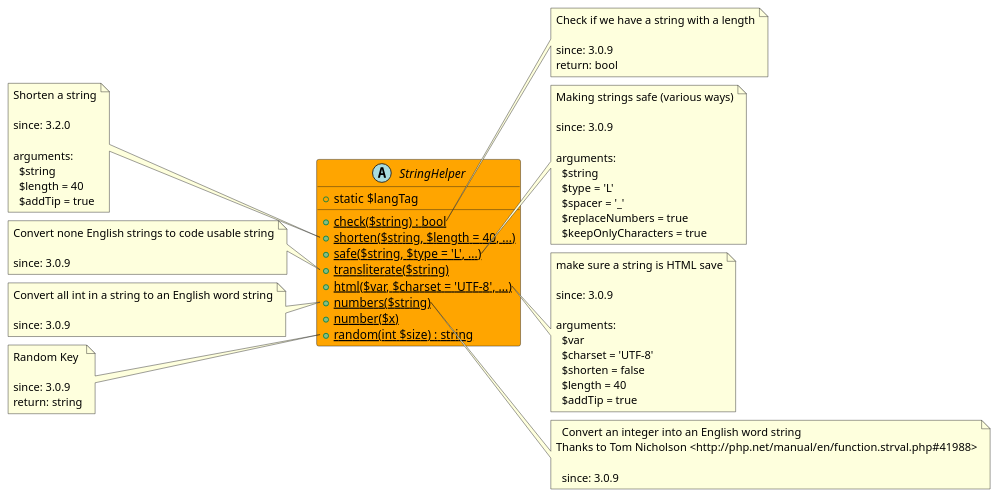
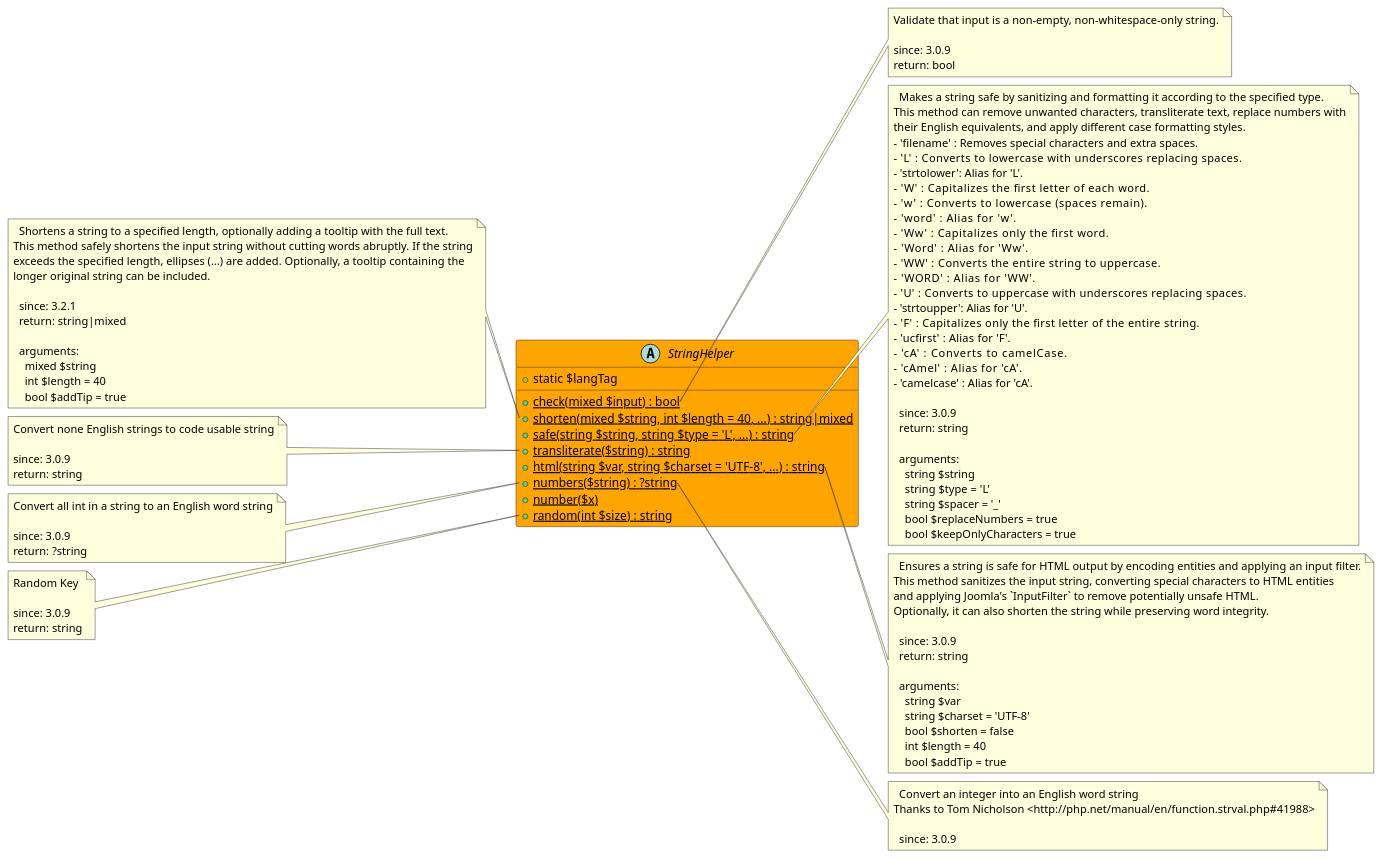
One commit to joomengine/super-powers changed the diagram in src/1f28cb53-60d9-4db1-b517-3c7dc6b429ef/README.md. Above: the diagram before and after it, drawn with PlantUML. The commit also changed 17 other files, not shown here.

```diff
--- a/src/1f28cb53-60d9-4db1-b517-3c7dc6b429ef/README.md
+++ b/src/1f28cb53-60d9-4db1-b517-3c7dc6b429ef/README.md
@@ -13,70 +13,100 @@
 @startuml
 abstract StringHelper  #Orange {
   + static $langTag
-  + {static} check($string) : bool
-  + {static} shorten($string, $length = 40, ...)
-  + {static} safe($string, $type = 'L', ...)
-  + {static} transliterate($string)
-  + {static} html($var, $charset = 'UTF-8', ...)
-  + {static} numbers($string)
+  + {static} check(mixed $input) : bool
+  + {static} shorten(mixed $string, int $length = 40, ...) : string|mixed
+  + {static} safe(string $string, string $type = 'L', ...) : string
+  + {static} transliterate($string) : string
+  + {static} html(string $var, string $charset = 'UTF-8', ...) : string
+  + {static} numbers($string) : ?string
   + {static} number($x)
   + {static} random(int $size) : string
 }
 
 note right of StringHelper::check
-  Check if we have a string with a length
+  Validate that input is a non-empty, non-whitespace-only string.
 
   since: 3.0.9
   return: bool
 end note
 
 note left of StringHelper::shorten
-  Shorten a string
+  Shortens a string to a specified length, optionally adding a tooltip with the full text.
+This method safely shortens the input string without cutting words abruptly. If the string
+exceeds the specified length, ellipses (...) are added. Optionally, a tooltip containing the
+longer original string can be included.
 
-  since: 3.2.0
+  since: 3.2.1
+  return: string|mixed
   
   arguments:
-    $string
-    $length = 40
-    $addTip = true
+    mixed $string
+    int $length = 40
+    bool $addTip = true
 end note
 
 note right of StringHelper::safe
-  Making strings safe (various ways)
+  Makes a string safe by sanitizing and formatting it according to the specified type.
+This method can remove unwanted characters, transliterate text, replace numbers with
+their English equivalents, and apply different case formatting styles.
+- 'filename'  : Removes special characters and extra spaces.
+- 'L'         : Converts to lowercase with underscores replacing spaces.
+- 'strtolower': Alias for 'L'.
+- 'W'         : Capitalizes the first letter of each word.
+- 'w'         : Converts to lowercase (spaces remain).
+- 'word'      : Alias for 'w'.
+- 'Ww'        : Capitalizes only the first word.
+- 'Word'      : Alias for 'Ww'.
+- 'WW'        : Converts the entire string to uppercase.
+- 'WORD'      : Alias for 'WW'.
+- 'U'         : Converts to uppercase with underscores replacing spaces.
+- 'strtoupper': Alias for 'U'.
+- 'F'         : Capitalizes only the first letter of the entire string.
+- 'ucfirst'   : Alias for 'F'.
+- 'cA'        : Converts to camelCase.
+- 'cAmel'     : Alias for 'cA'.
+- 'camelcase' : Alias for 'cA'.
 
   since: 3.0.9
+  return: string
   
   arguments:
-    $string
-    $type = 'L'
-    $spacer = '_'
-    $replaceNumbers = true
-    $keepOnlyCharacters = true
+    string $string
+    string $type = 'L'
+    string $spacer = '_'
+    bool $replaceNumbers = true
+    bool $keepOnlyCharacters = true
 end note
 
 note left of StringHelper::transliterate
   Convert none English strings to code usable string
 
   since: 3.0.9
+  return: string
 end note
 
 note right of StringHelper::html
-  make sure a string is HTML save
+  Ensures a string is safe for HTML output by encoding entities and applying an input filter.
+This method sanitizes the input string, converting special characters to HTML entities
+and applying Joomla's `InputFilter` to remove potentially unsafe HTML.
+Optionally, it can also shorten the string while preserving word integrity.
 
   since: 3.0.9
+  return: string
   
   arguments:
-    $var
-    $charset = 'UTF-8'
-    $shorten = false
-    $length = 40
-    $addTip = true
+    string $var
+    string $charset = 'UTF-8'
+    bool $shorten = false
+    int $length = 40
+    bool $addTip = true
 end note
 
 note left of StringHelper::numbers
   Convert all int in a string to an English word string
 
   since: 3.0.9
+  return: ?string
 end note
 
 note right of StringHelper::number
```
